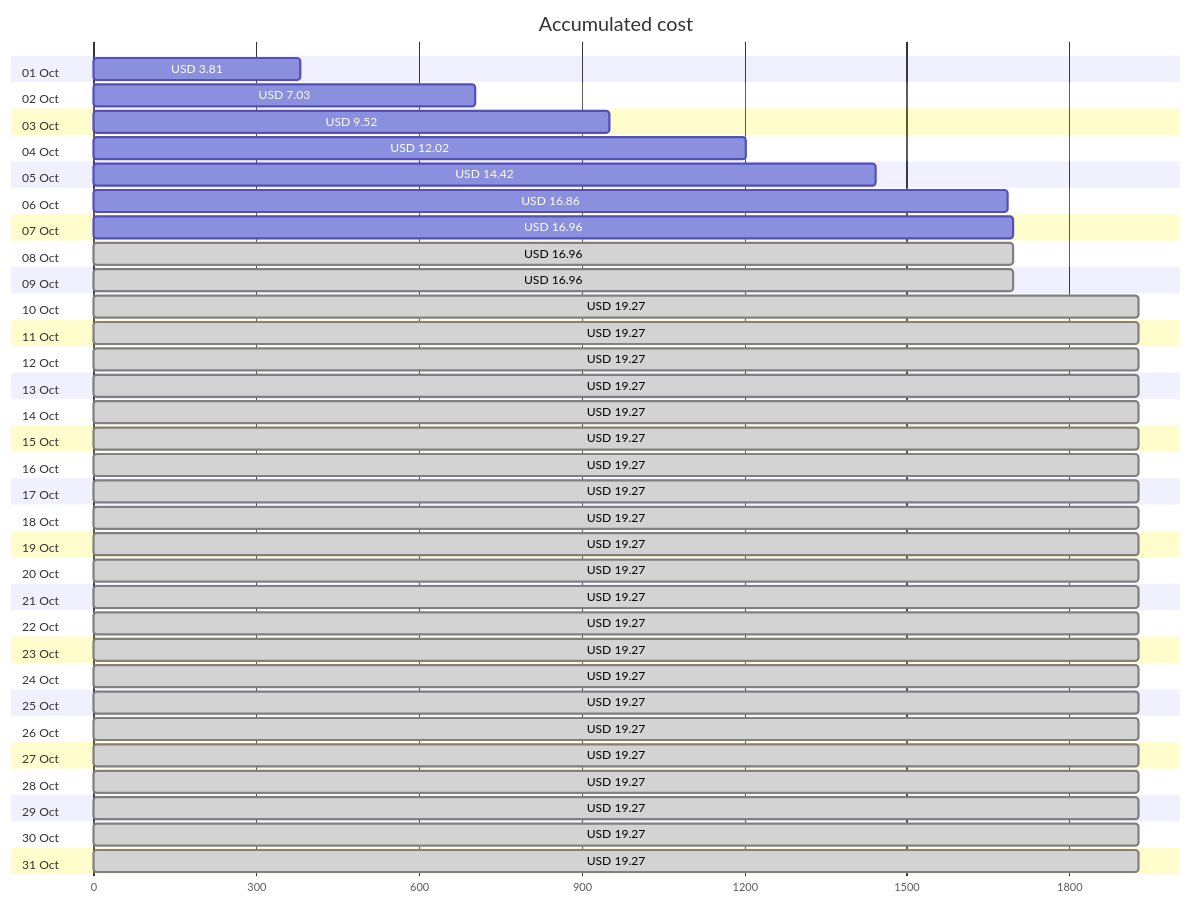
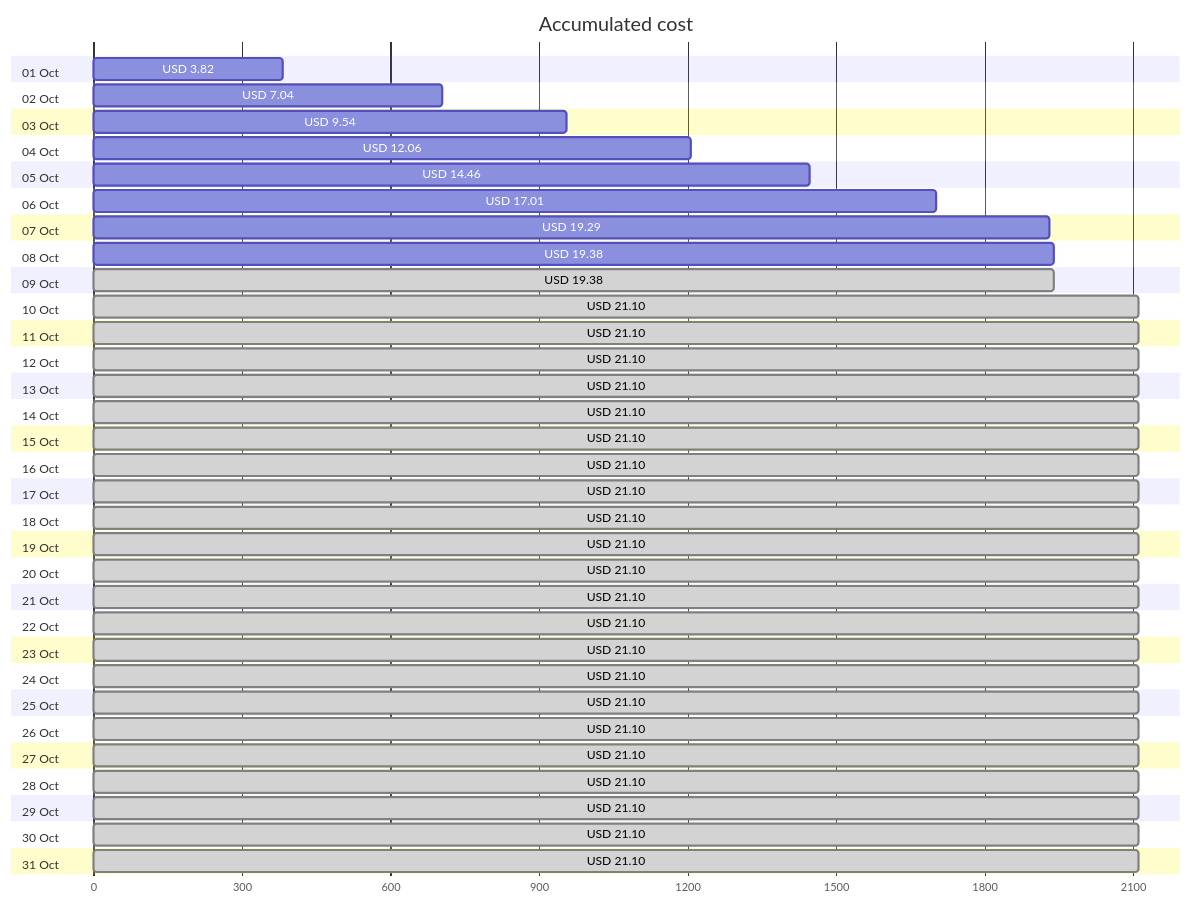
One commit to jpfulton/azure-personal-reports changed the first of 4 diagrams in cost-reports/accumulated-cost.md. Above: the diagram before and after it, drawn with Mermaid. The commit also changed other lines of this file and 4 other files, not shown here.

````diff
--- a/cost-reports/accumulated-cost.md
+++ b/cost-reports/accumulated-cost.md
@@ -20,68 +20,68 @@
 ```mermaid
 gantt
    title Accumulated cost
    dateFormat  X
    axisFormat %s
    section 01 Oct
-   USD 3.81 :0, 381
+   USD 3.82 :0, 382
    section 02 Oct
-   USD 7.03 :0, 703
+   USD 7.04 :0, 704
    section 03 Oct
-   USD 9.52 :0, 952
+   USD 9.54 :0, 954
    section 04 Oct
-   USD 12.02 :0, 1202
+   USD 12.06 :0, 1206
    section 05 Oct
-   USD 14.42 :0, 1442
+   USD 14.46 :0, 1446
    section 06 Oct
-   USD 16.86 :0, 1686
+   USD 17.01 :0, 1701
    section 07 Oct
-   USD 16.96 :0, 1696
+   USD 19.29 :0, 1929
    section 08 Oct
-   USD 16.96 : done, 0, 1696
+   USD 19.38 :0, 1938
    section 09 Oct
-   USD 16.96 : done, 0, 1696
+   USD 19.38 : done, 0, 1938
    section 10 Oct
-   USD 19.27 : done, 0, 1927
+   USD 21.10 : done, 0, 2110
    section 11 Oct
-   USD 19.27 : done, 0, 1927
+   USD 21.10 : done, 0, 2110
    section 12 Oct
-   USD 19.27 : done, 0, 1927
+   USD 21.10 : done, 0, 2110
    section 13 Oct
-   USD 19.27 : done, 0, 1927
+   USD 21.10 : done, 0, 2110
    section 14 Oct
-   USD 19.27 : done, 0, 1927
+   USD 21.10 : done, 0, 2110
    section 15 Oct
-   USD 19.27 : done, 0, 1927
+   USD 21.10 : done, 0, 2110
    section 16 Oct
-   USD 19.27 : done, 0, 1927
+   USD 21.10 : done, 0, 2110
    section 17 Oct
-   USD 19.27 : done, 0, 1927
+   USD 21.10 : done, 0, 2110
    section 18 Oct
-   USD 19.27 : done, 0, 1927
+   USD 21.10 : done, 0, 2110
    section 19 Oct
-   USD 19.27 : done, 0, 1927
+   USD 21.10 : done, 0, 2110
    section 20 Oct
-   USD 19.27 : done, 0, 1927
+   USD 21.10 : done, 0, 2110
    section 21 Oct
-   USD 19.27 : done, 0, 1927
+   USD 21.10 : done, 0, 2110
    section 22 Oct
-   USD 19.27 : done, 0, 1927
+   USD 21.10 : done, 0, 2110
    section 23 Oct
-   USD 19.27 : done, 0, 1927
+   USD 21.10 : done, 0, 2110
    section 24 Oct
-   USD 19.27 : done, 0, 1927
+   USD 21.10 : done, 0, 2110
    section 25 Oct
-   USD 19.27 : done, 0, 1927
+   USD 21.10 : done, 0, 2110
    section 26 Oct
-   USD 19.27 : done, 0, 1927
+   USD 21.10 : done, 0, 2110
    section 27 Oct
-   USD 19.27 : done, 0, 1927
+   USD 21.10 : done, 0, 2110
    section 28 Oct
-   USD 19.27 : done, 0, 1927
+   USD 21.10 : done, 0, 2110
    section 29 Oct
-   USD 19.27 : done, 0, 1927
+   USD 21.10 : done, 0, 2110
    section 30 Oct
-   USD 19.27 : done, 0, 1927
+   USD 21.10 : done, 0, 2110
    section 31 Oct
-   USD 19.27 : done, 0, 1927
+   USD 21.10 : done, 0, 2110
 ```
````
